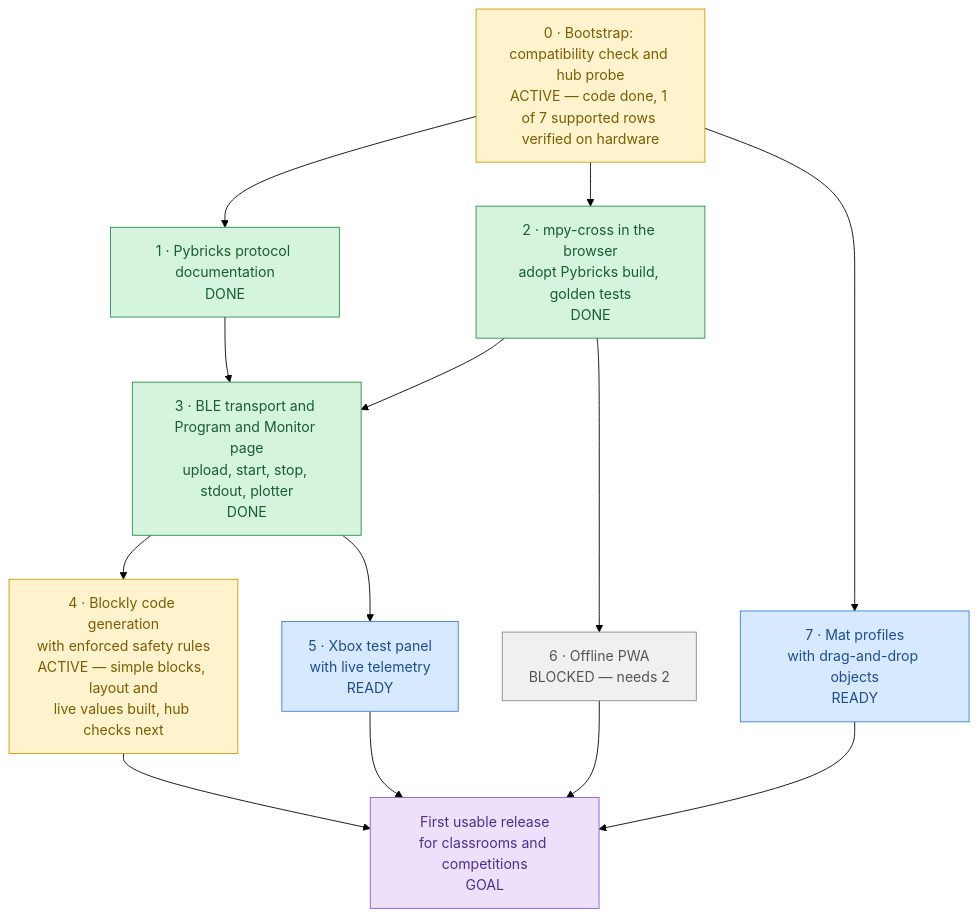
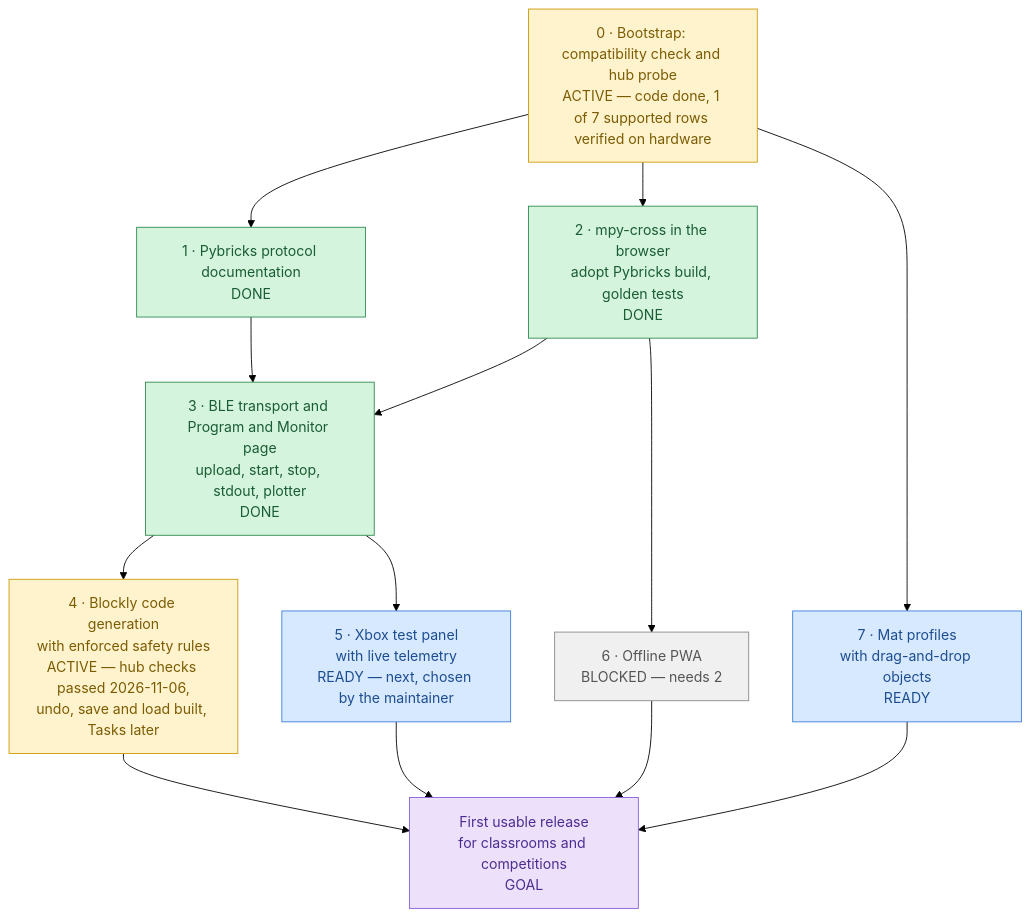
Before and after one commit to lumduan/matpilot: the diagram in docs/roadmap.md, drawn with Mermaid (forest theme). The commit also changed other lines of this file and 7 other files, not shown here.

First line of the commit message:
docs: ADR 0011 save, load and GitHub; checks; M5 starting point

````diff
--- a/docs/roadmap.md
+++ b/docs/roadmap.md
@@ -10,37 +10,37 @@
 ```mermaid
 flowchart TD
     M0["0 · Bootstrap: compatibility check and hub probe<br/>ACTIVE — code done, 1 of 7 supported rows verified on hardware"]
     M1["1 · Pybricks protocol documentation<br/>DONE"]
     M2["2 · mpy-cross in the browser<br/>adopt Pybricks build, golden tests<br/>DONE"]
     M3["3 · BLE transport and Program and Monitor page<br/>upload, start, stop, stdout, plotter<br/>DONE"]
-    M4["4 · Blockly code generation<br/>with enforced safety rules<br/>ACTIVE — simple blocks, layout and<br/>live values built, hub checks next"]
-    M5["5 · Xbox test panel<br/>with live telemetry<br/>READY"]
+    M4["4 · Blockly code generation<br/>with enforced safety rules<br/>ACTIVE — hub checks passed 2026-11-06,<br/>undo, save and load built, Tasks later"]
+    M5["5 · Xbox test panel<br/>with live telemetry<br/>READY — next, chosen by the maintainer"]
     M6["6 · Offline PWA<br/>BLOCKED — needs 2"]
     M7["7 · Mat profiles<br/>with drag-and-drop objects<br/>READY"]
     GOAL["First usable release<br/>for classrooms and competitions<br/>GOAL"]
 
     M0 --> M1
     M0 --> M2
     M0 --> M7
     M1 --> M3
     M2 --> M3
     M3 --> M4
     M3 --> M5
     M2 --> M6
     M4 --> GOAL
     M5 --> GOAL
     M6 --> GOAL
     M7 --> GOAL
 
     classDef done     fill:#d4f4dd,stroke:#2d8a4e,color:#1a5c33
     classDef active   fill:#fff3cd,stroke:#cc9a06,color:#7a5c04
     classDef ready    fill:#d6e9ff,stroke:#3b7dd8,color:#1e4d8f
     classDef blocked  fill:#f0f0f0,stroke:#888,color:#555
     classDef goal     fill:#ede0fb,stroke:#8a5cd8,color:#4d2e8f
 
     class M0,M4 active
     class M1,M2,M3 done
     class M5,M7 ready
     class M6 blocked
     class GOAL goal
 ```
````
